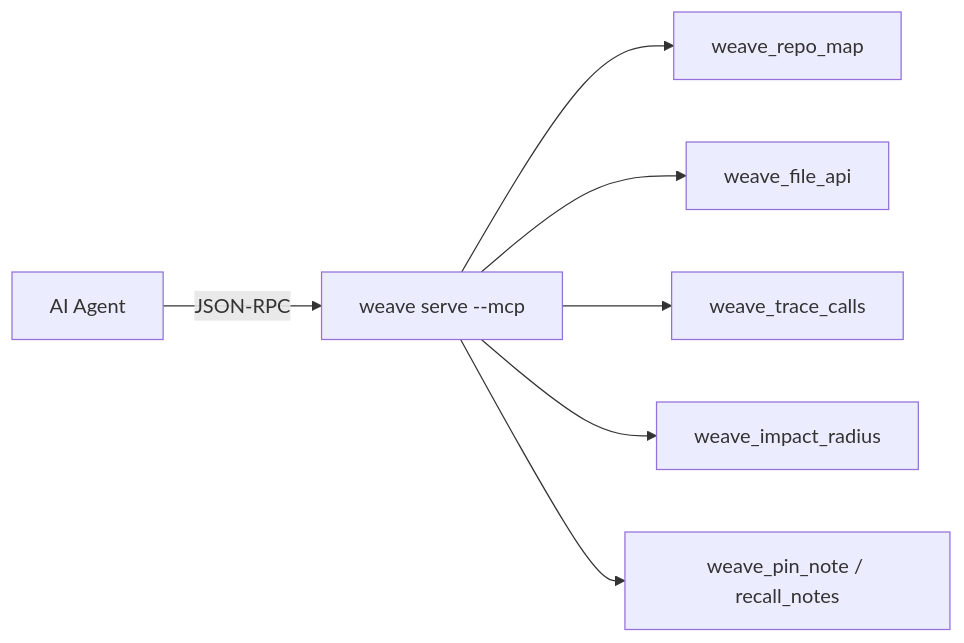
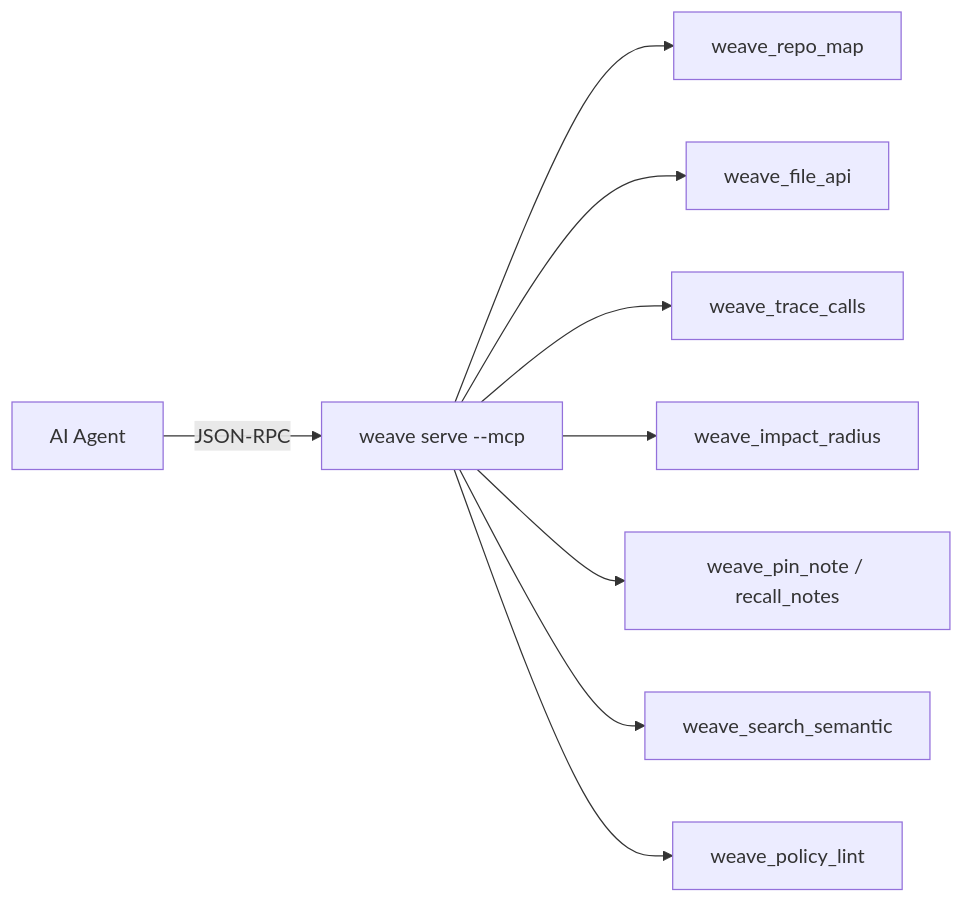
One commit to ragubaran/weave-graph changed the first of 4 diagrams in docs/product/mcp-integration.md. Above: the diagram before and after it, drawn with Mermaid. The commit also changed other lines of this file and 32 other files, not shown here.

````diff
--- a/docs/product/mcp-integration.md
+++ b/docs/product/mcp-integration.md
@@ -137,9 +138,11 @@
 ```mermaid
 flowchart LR
     Agent[AI Agent] -->|JSON-RPC| MCP[weave serve --mcp]
     MCP --> Map[weave_repo_map]
     MCP --> API[weave_file_api]
     MCP --> Trace[weave_trace_calls]
     MCP --> Blast[weave_impact_radius]
     MCP --> Notes[weave_pin_note / recall_notes]
+    MCP --> Search[weave_search_semantic]
+    MCP --> Lint[weave_policy_lint]
 ```
````
